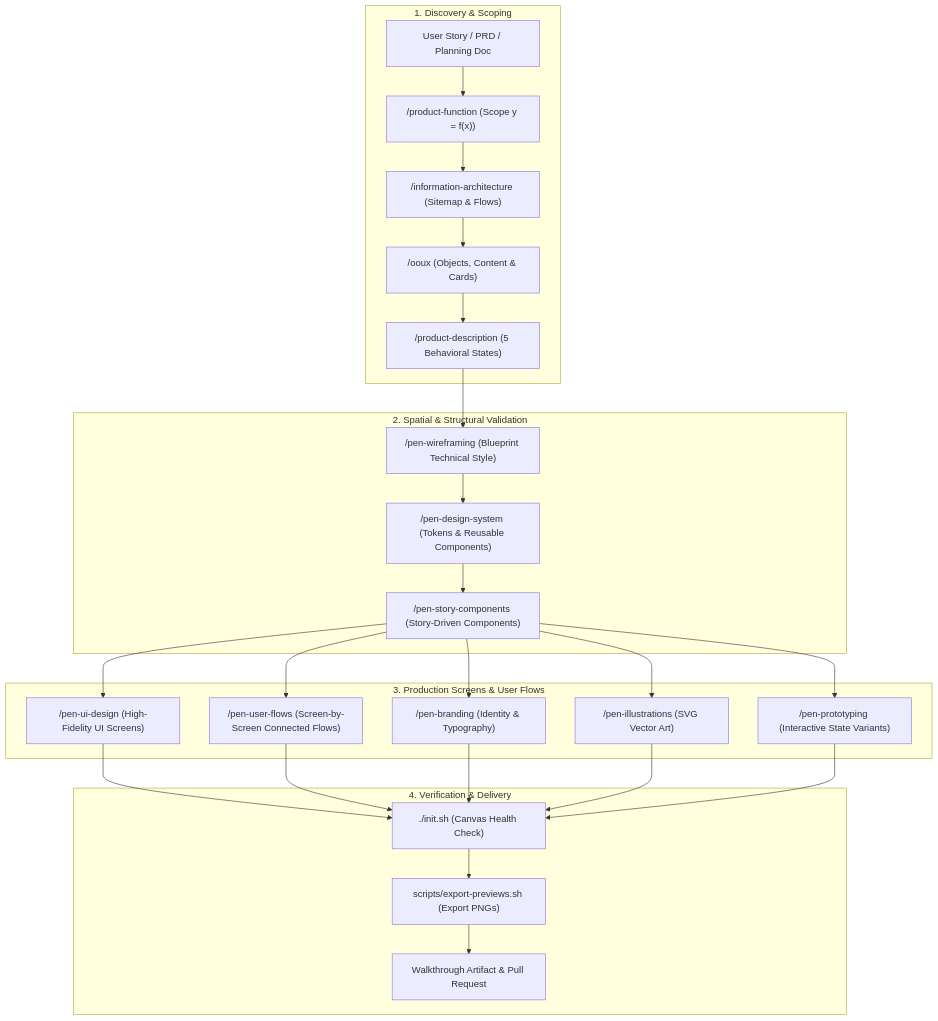
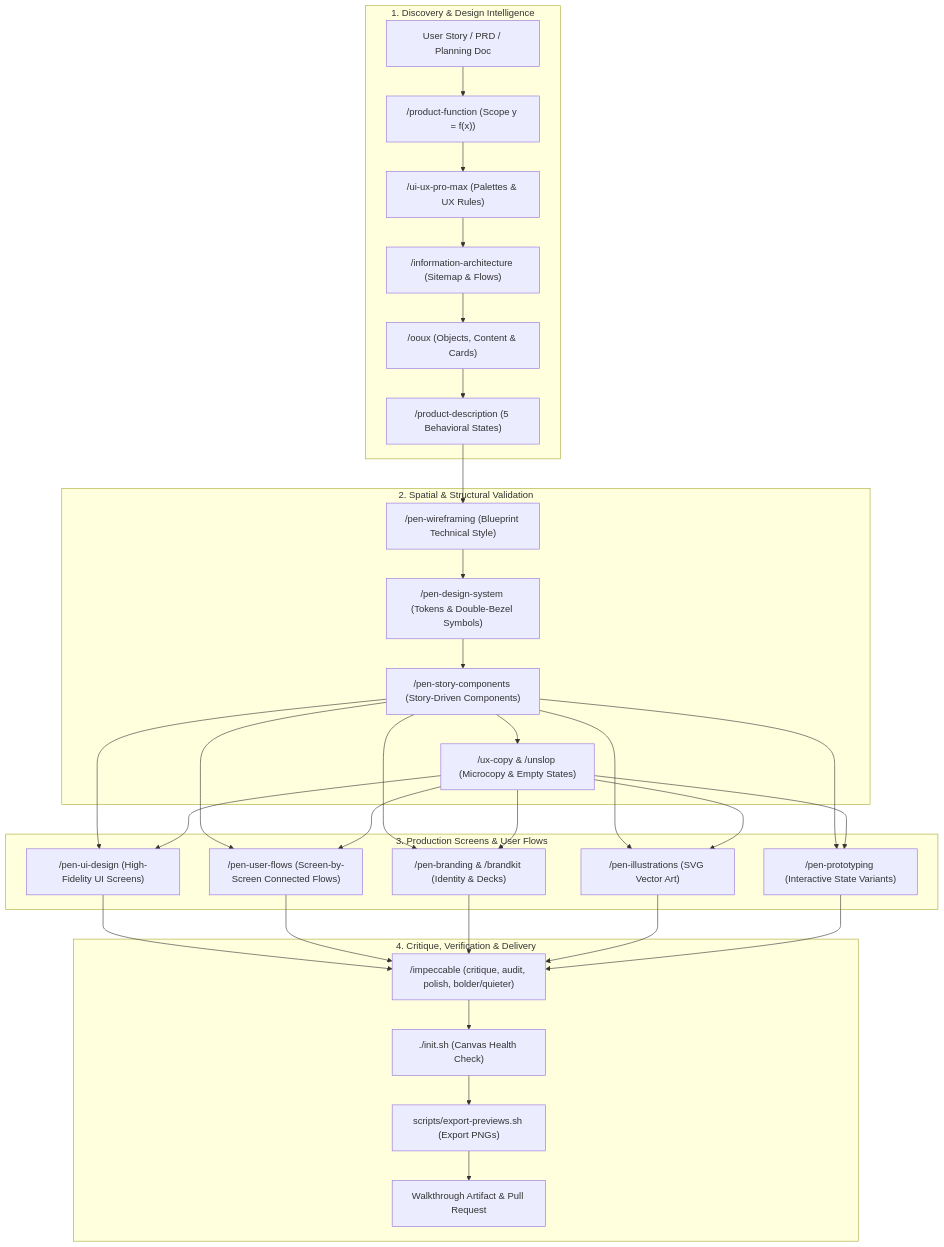
Before and after one commit to cesarchavezcal/design-tester: the diagram in AGENTS.md, drawn with Mermaid. The commit also changed other lines of this file and 83 other files, not shown here.

Commit message:
feat(skills): integrate latest design intelligence and agency aesthetic skills

````diff
--- a/AGENTS.md
+++ b/AGENTS.md
@@ -63,35 +73,38 @@
 ```mermaid
 flowchart TD
-    subgraph Inputs ["1. Discovery & Scoping"]
+    subgraph Inputs ["1. Discovery & Design Intelligence"]
         STORY["User Story / PRD / Planning Doc"]
         PF["/product-function (Scope y = f(x))"]
+        UIPRO["/ui-ux-pro-max (Palettes & UX Rules)"]
         IA["/information-architecture (Sitemap & Flows)"]
         OOUX["/ooux (Objects, Content & Cards)"]
         PD["/product-description (5 Behavioral States)"]
     end
 
     subgraph CanvasPrep ["2. Spatial & Structural Validation"]
         WF["/pen-wireframing (Blueprint Technical Style)"]
-        DS["/pen-design-system (Tokens & Reusable Components)"]
+        DS["/pen-design-system (Tokens & Double-Bezel Symbols)"]
         COMP["/pen-story-components (Story-Driven Components)"]
+        COPY["/ux-copy & /unslop (Microcopy & Empty States)"]
     end
 
     subgraph HighFi ["3. Production Screens & User Flows"]
         UI["/pen-ui-design (High-Fidelity UI Screens)"]
         FLOW["/pen-user-flows (Screen-by-Screen Connected Flows)"]
-        BRAND["/pen-branding (Identity & Typography)"]
+        BRAND["/pen-branding & /brandkit (Identity & Decks)"]
         ILLUST["/pen-illustrations (SVG Vector Art)"]
         PROTO["/pen-prototyping (Interactive State Variants)"]
     end
 
-    subgraph Delivery ["4. Verification & Delivery"]
+    subgraph Delivery ["4. Critique, Verification & Delivery"]
+        CRIT["/impeccable (critique, audit, polish, bolder/quieter)"]
         INIT["./init.sh (Canvas Health Check)"]
         EXP["scripts/export-previews.sh (Export PNGs)"]
         WALK["Walkthrough Artifact & Pull Request"]
     end
 
-    STORY --> PF --> IA --> OOUX --> PD
-    PD --> WF --> DS --> COMP
-    COMP --> UI & FLOW & BRAND & ILLUST & PROTO
-    UI & FLOW & BRAND & ILLUST & PROTO --> INIT --> EXP --> WALK
+    STORY --> PF --> UIPRO --> IA --> OOUX --> PD
+    PD --> WF --> DS --> COMP --> COPY
+    COMP & COPY --> UI & FLOW & BRAND & ILLUST & PROTO
+    UI & FLOW & BRAND & ILLUST & PROTO --> CRIT --> INIT --> EXP --> WALK
 ```
````
